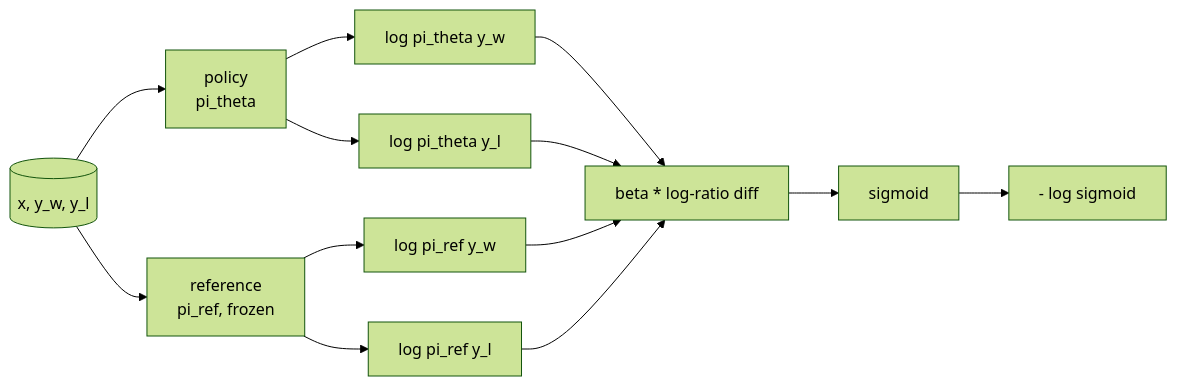
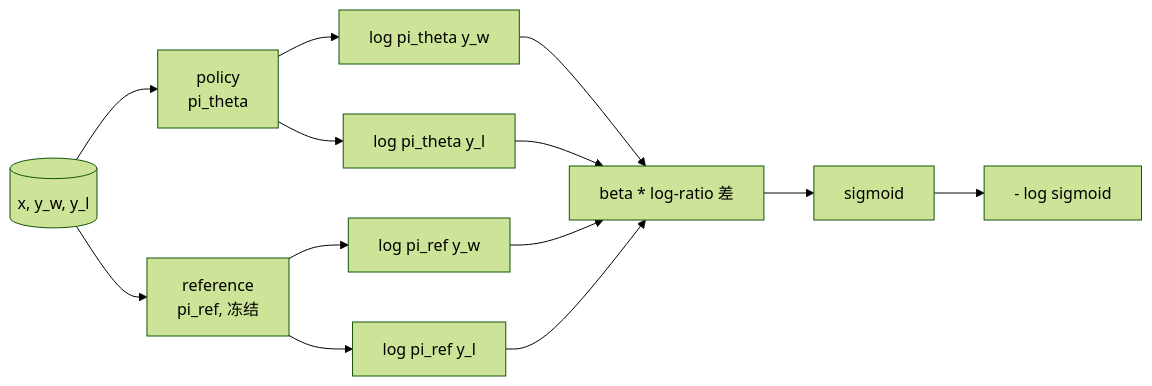
One commit to JerryC8080/ai-engineering-from-scratch-zh changed the first of 2 diagrams in phases/19-capstone-projects/40-dpo-from-scratch/docs/zh.md. Above: the diagram before and after it, drawn with Mermaid (forest theme). The commit also changed other lines of this file and 156 other files, not shown here.

First line of the commit message:
i18n(zh): translate mermaid diagram labels in 157 lesson zh.md

````diff
--- a/phases/19-capstone-projects/40-dpo-from-scratch/docs/zh.md
+++ b/phases/19-capstone-projects/40-dpo-from-scratch/docs/zh.md
@@ -72,15 +72,15 @@
 ```mermaid
 flowchart LR
   Triple[(x, y_w, y_l)] --> Pol[policy<br/>pi_theta]
-  Triple --> Ref[reference<br/>pi_ref, frozen]
+  Triple --> Ref[reference<br/>pi_ref, 冻结]
   Pol --> LWP[log pi_theta y_w]
   Pol --> LLP[log pi_theta y_l]
   Ref --> LWR[log pi_ref y_w]
   Ref --> LLR[log pi_ref y_l]
-  LWP --> Diff[beta * log-ratio diff]
+  LWP --> Diff[beta * log-ratio 差]
   LLP --> Diff
   LWR --> Diff
   LLR --> Diff
   Diff --> Sig[sigmoid]
   Sig --> NLL[- log sigmoid]
 ```
````
